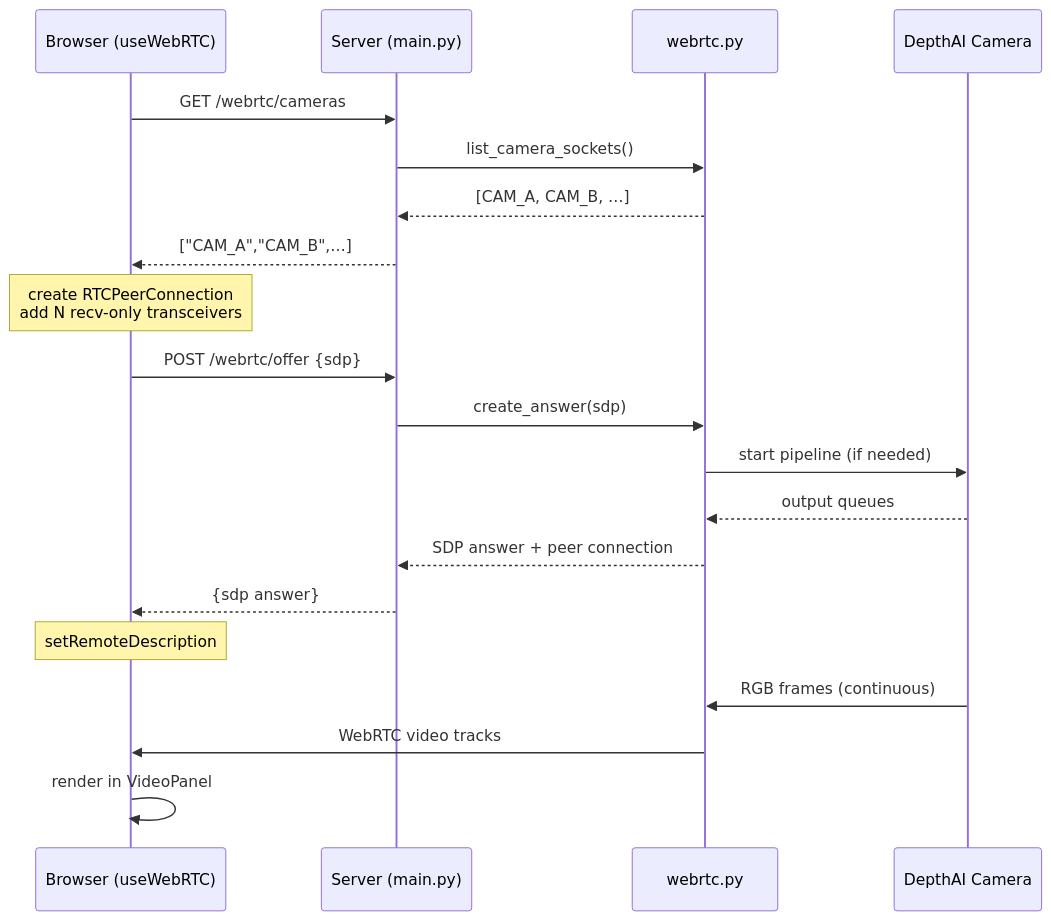
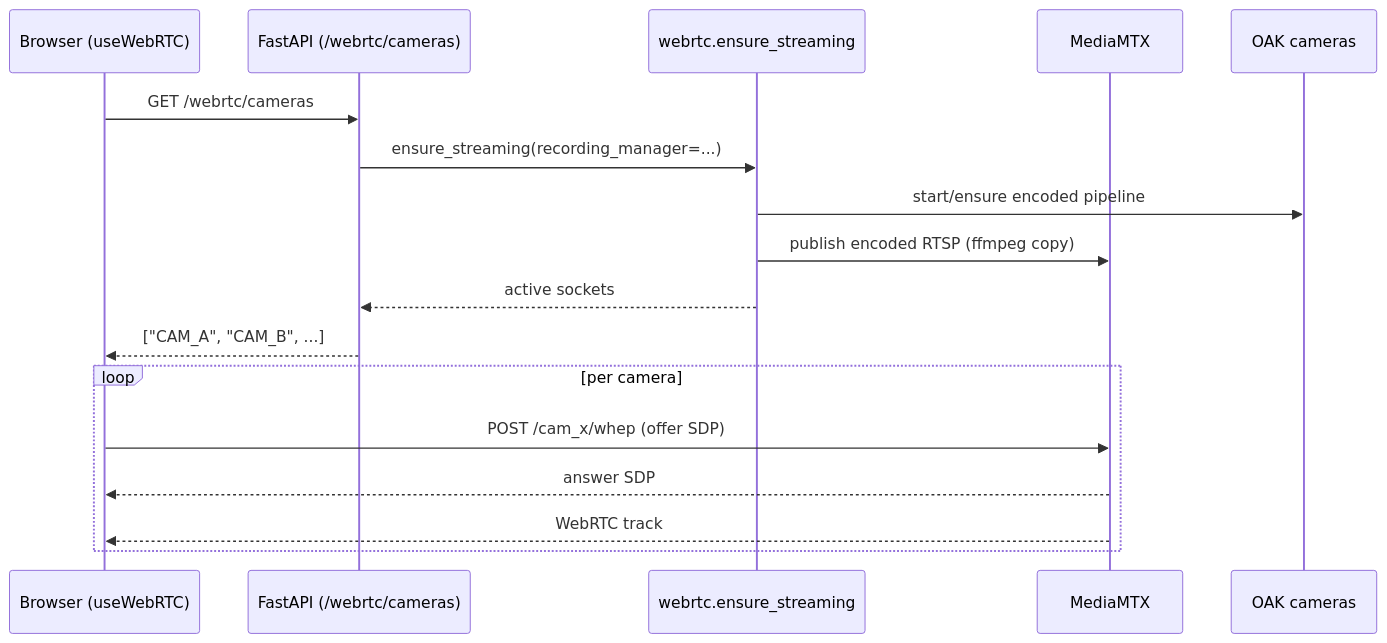
Before and after one commit to xdaumich/learn-gui: the third of 3 diagrams in docs/infra.md, drawn with Mermaid. The commit also changed other lines of this file, not shown here.

First line of the commit message:
docs: map camera relay architecture baseline

````diff
--- a/docs/infra.md
+++ b/docs/infra.md
@@ -152,27 +105,21 @@
 ```mermaid
 sequenceDiagram
-  participant B as Browser (useWebRTC)
-  participant S as Server (main.py)
-  participant W as webrtc.py
-  participant D as DepthAI Camera
+  participant UI as Browser (useWebRTC)
+  participant API as FastAPI (/webrtc/cameras)
+  participant RELAY as webrtc.ensure_streaming
+  participant MTX as MediaMTX
+  participant CAM as OAK cameras
 
-  B->>S: GET /webrtc/cameras
-  S->>W: list_camera_sockets()
-  W-->>S: [CAM_A, CAM_B, …]
-  S-->>B: ["CAM_A","CAM_B",…]
+  UI->>API: GET /webrtc/cameras
+  API->>RELAY: ensure_streaming(recording_manager=...)
+  RELAY->>CAM: start/ensure encoded pipeline
+  RELAY->>MTX: publish encoded RTSP (ffmpeg copy)
+  RELAY-->>API: active sockets
+  API-->>UI: ["CAM_A", "CAM_B", ...]
 
-  Note over B: create RTCPeerConnection<br/>add N recv-only transceivers
-
-  B->>S: POST /webrtc/offer {sdp}
-  S->>W: create_answer(sdp)
-  W->>D: start pipeline (if needed)
-  D-->>W: output queues
-  W-->>S: SDP answer + peer connection
-  S-->>B: {sdp answer}
-
-  Note over B: setRemoteDescription
-
-  D->>W: RGB frames (continuous)
-  W->>B: WebRTC video tracks
-  B->>B: render in VideoPanel
+  loop per camera
+    UI->>MTX: POST /cam_x/whep (offer SDP)
+    MTX-->>UI: answer SDP
+    MTX-->>UI: WebRTC track
+  end
 ```
````
